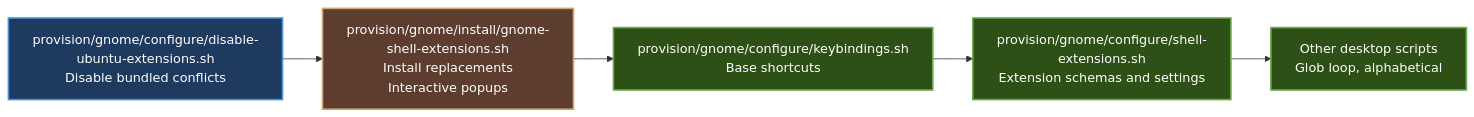
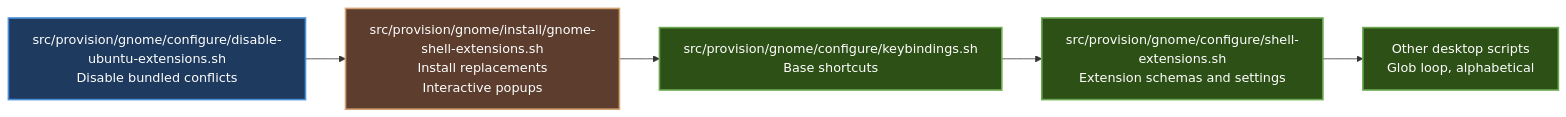
One commit to itsnin/justbuntu changed the second of 2 diagrams in CONTRIBUTING.md. Above: the diagram before and after it, drawn with Mermaid. The commit also changed other lines of this file and 183 other files, not shown here.

````diff
--- a/CONTRIBUTING.md
+++ b/CONTRIBUTING.md
@@ -114,12 +114,12 @@
 ```mermaid
 flowchart LR
     %% Color definitions
     classDef step1 fill:#1e3a5f,stroke:#4a90d9,stroke-width:2px,color:#ffffff
     classDef step2 fill:#5c3d2e,stroke:#d4a373,stroke-width:2px,color:#ffffff
     classDef step3 fill:#2d5016,stroke:#6aa84f,stroke-width:2px,color:#ffffff
 
-    A[provision/gnome/configure/disable-ubuntu-extensions.sh<br/>Disable bundled conflicts]:::step1 --> B[provision/gnome/install/gnome-shell-extensions.sh<br/>Install replacements<br/>Interactive popups]:::step2
-    B --> C[provision/gnome/configure/keybindings.sh<br/>Base shortcuts]:::step3
-    C --> D[provision/gnome/configure/shell-extensions.sh<br/>Extension schemas and settings]:::step3
+    A[src/provision/gnome/configure/disable-ubuntu-extensions.sh<br/>Disable bundled conflicts]:::step1 --> B[src/provision/gnome/install/gnome-shell-extensions.sh<br/>Install replacements<br/>Interactive popups]:::step2
+    B --> C[src/provision/gnome/configure/keybindings.sh<br/>Base shortcuts]:::step3
+    C --> D[src/provision/gnome/configure/shell-extensions.sh<br/>Extension schemas and settings]:::step3
     D --> E[Other desktop scripts<br/>Glob loop, alphabetical]:::step3
 ```
````
